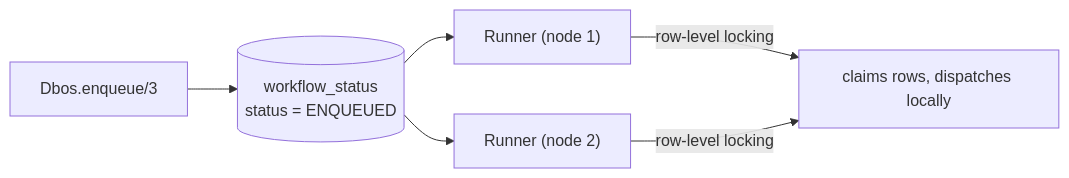
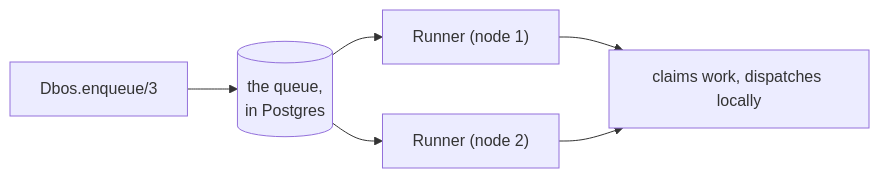
Before and after one commit to mbuhot/dbos_elixir: the diagram in guides/tutorials/queues.md, drawn with Mermaid. The commit also changed other lines of this file and 16 other files, not shown here.

````diff
--- a/guides/tutorials/queues.md
+++ b/guides/tutorials/queues.md
@@ -8,8 +8,8 @@
 ```mermaid
 flowchart LR
-    A["Dbos.enqueue/3"] --> B[("workflow_status\nstatus = ENQUEUED")]
+    A["Dbos.enqueue/3"] --> B[("the queue,\nin Postgres")]
     B --> C1["Runner (node 1)"]
     B --> C2["Runner (node 2)"]
-    C1 -->|row-level locking| D[claims rows, dispatches locally]
-    C2 -->|row-level locking| D
+    C1 --> D[claims work, dispatches locally]
+    C2 --> D
 ```
````
